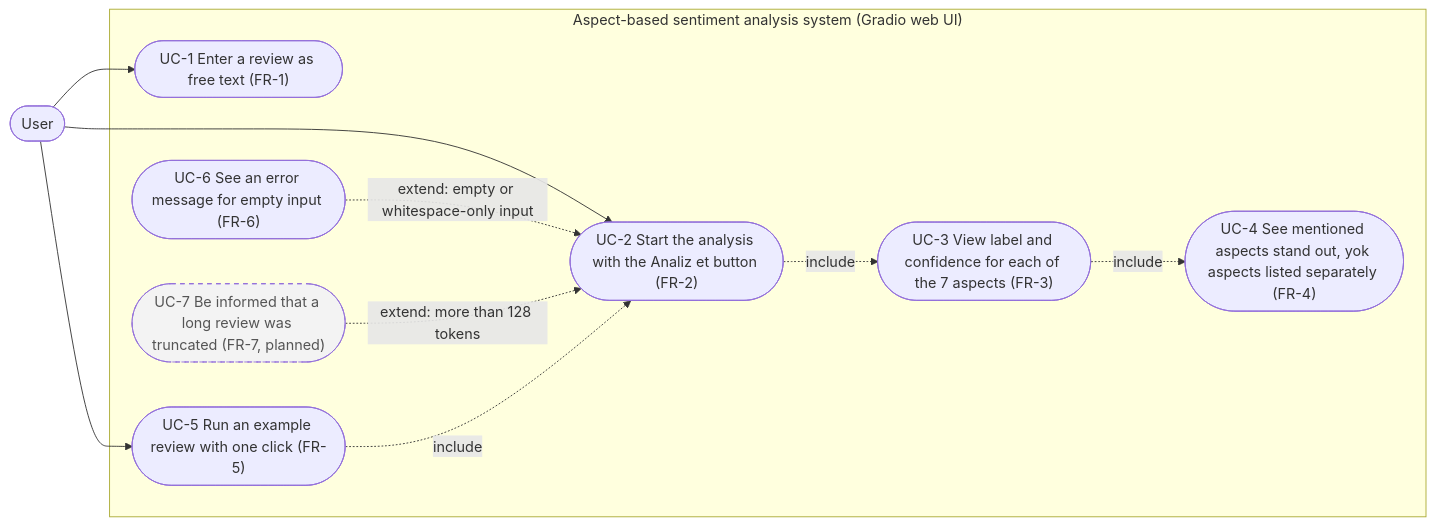
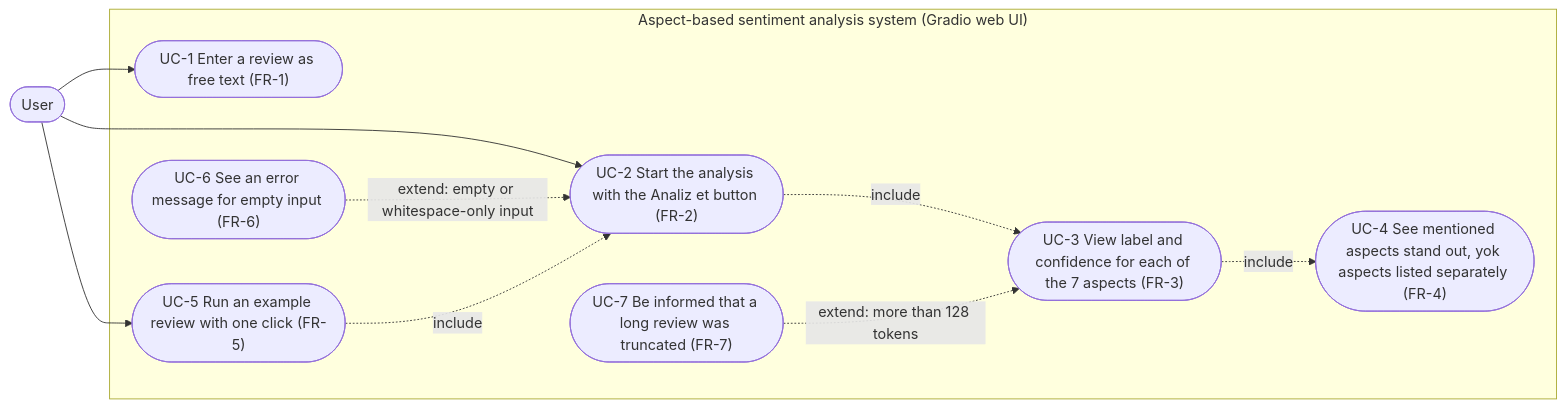
Before and after one commit to ozananr/turkish-product-absa: the diagram in docs/design/src/use_case.mmd, drawn with Mermaid. The commit also changed 10 other files, not shown here.

```diff
--- a/docs/design/src/use_case.mmd
+++ b/docs/design/src/use_case.mmd
@@ -1,25 +1,22 @@
 flowchart LR
     user(["User"])
 
     subgraph system["Aspect-based sentiment analysis system (Gradio web UI)"]
         uc1(["UC-1 Enter a review as free text (FR-1)"])
         uc2(["UC-2 Start the analysis with the Analiz et button (FR-2)"])
         uc3(["UC-3 View label and confidence for each of the 7 aspects (FR-3)"])
         uc4(["UC-4 See mentioned aspects stand out, yok aspects listed separately (FR-4)"])
         uc5(["UC-5 Run an example review with one click (FR-5)"])
         uc6(["UC-6 See an error message for empty input (FR-6)"])
-        uc7(["UC-7 Be informed that a long review was truncated (FR-7, planned)"])
+        uc7(["UC-7 Be informed that a long review was truncated (FR-7)"])
     end
 
     user --> uc1
     user --> uc2
     user --> uc5
 
     uc2 -. "include" .-> uc3
     uc3 -. "include" .-> uc4
     uc6 -. "extend: empty or whitespace-only input" .-> uc2
-    uc7 -. "extend: more than 128 tokens" .-> uc2
+    uc7 -. "extend: more than 128 tokens" .-> uc3
     uc5 -. "include" .-> uc2
-
-    classDef planned stroke-dasharray: 5 5,fill:#f3f3f3,color:#555
-    class uc7 planned
```
